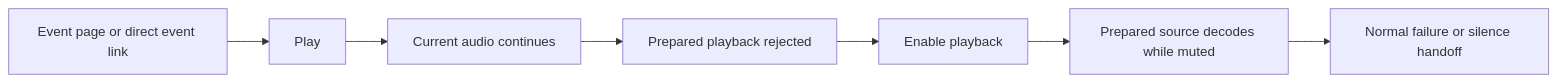
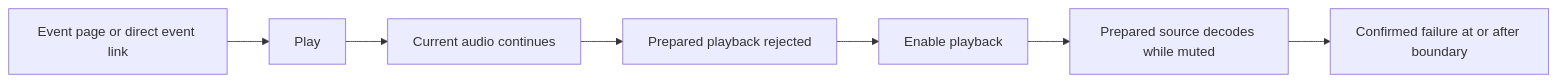
Before and after one commit to BASIC-BIT/VRDex: the diagram in docs/engineering/event-lineup-player.md, drawn with Mermaid. The commit also changed other lines of this file and 11 other files, not shown here.

````diff
--- a/docs/engineering/event-lineup-player.md
+++ b/docs/engineering/event-lineup-player.md
@@ -101,9 +110,9 @@
 ```mermaid
 flowchart LR
   Event[Event page or direct event link] --> Play[Play]
   Play --> Current[Current audio continues]
   Current --> Rejected[Prepared playback rejected]
   Rejected --> Enable[Enable playback]
   Enable --> Ready[Prepared source decodes while muted]
-  Ready --> Handoff[Normal failure or silence handoff]
+  Ready --> Handoff[Confirmed failure at or after boundary]
 ```
````
